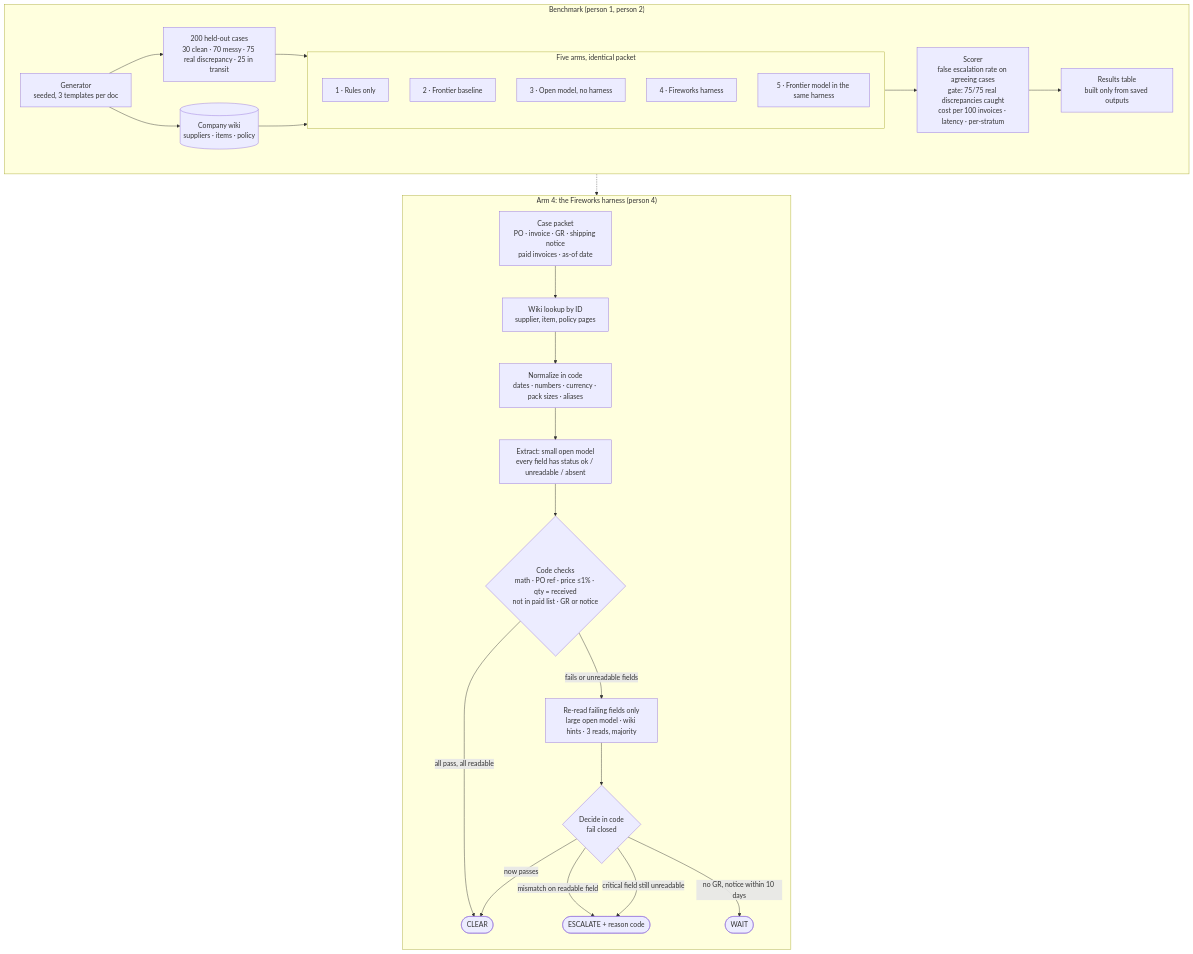
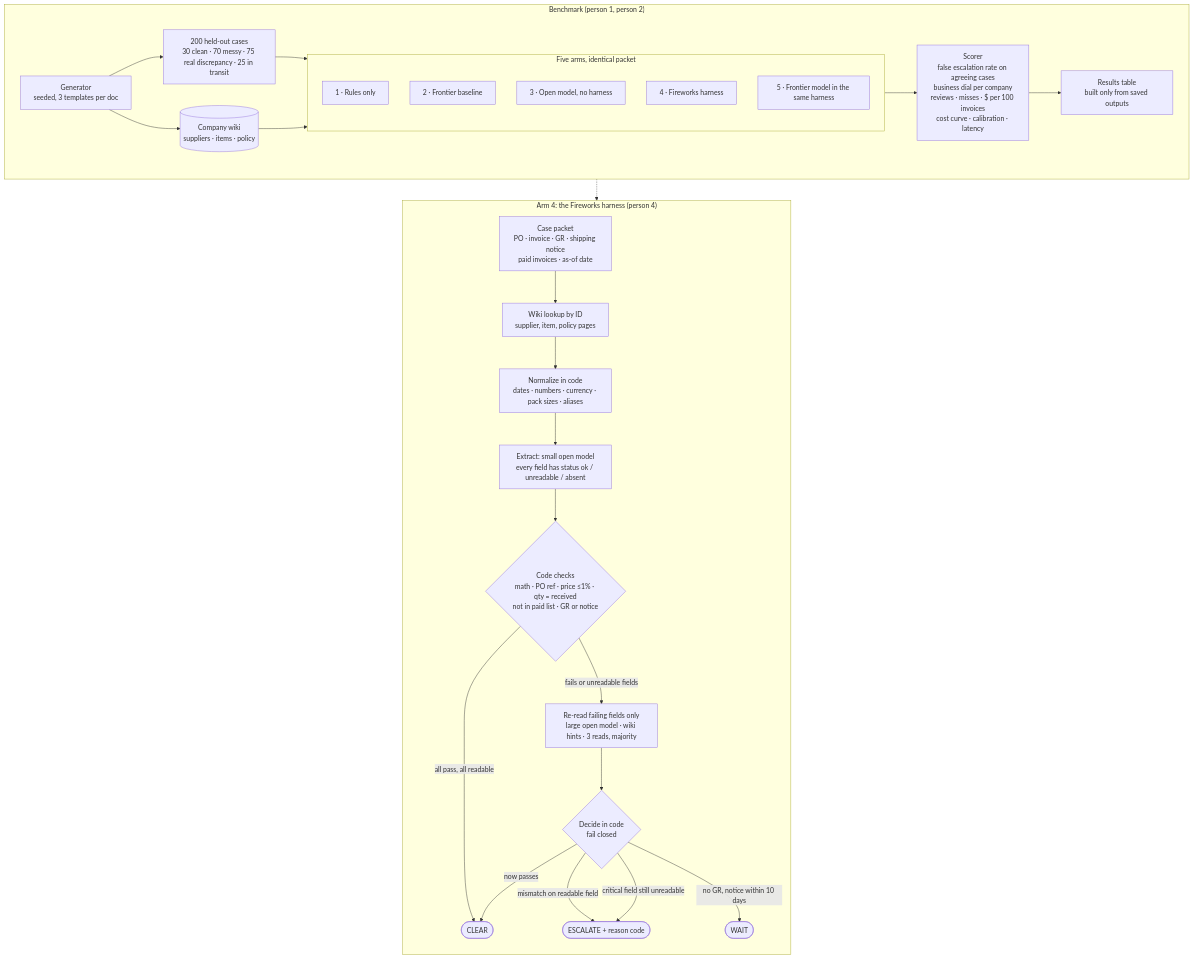
The diagram in docs/plan.md (pakbaz/fireworks-ai-buildathon), drawn with Mermaid before and after one commit. The commit also changed other lines of this file and 1 other file, not shown here.

First line of the commit message:
Add the business dial and chain-break diagnosis from mentor feedback

````diff
--- a/docs/plan.md
+++ b/docs/plan.md
@@ -9,37 +9,37 @@
 ```mermaid
 flowchart TB
     subgraph BENCH["Benchmark (person 1, person 2)"]
         direction LR
         GEN["Generator<br/>seeded, 3 templates per doc"] --> CASES["200 held-out cases<br/>30 clean · 70 messy · 75 real discrepancy · 25 in transit"]
         GEN --> WIKI[("Company wiki<br/>suppliers · items · policy")]
         CASES --> ARMS
         WIKI --> ARMS
         subgraph ARMS["Five arms, identical packet"]
             direction TB
             A1["1 · Rules only"]
             A2["2 · Frontier baseline"]
             A3["3 · Open model, no harness"]
             A4["4 · Fireworks harness"]
             A5["5 · Frontier model in the same harness"]
         end
-        ARMS --> SCORE["Scorer<br/>false escalation rate on agreeing cases<br/>gate: 75/75 real discrepancies caught<br/>cost per 100 invoices · latency · per-stratum"]
+        ARMS --> SCORE["Scorer<br/>false escalation rate on agreeing cases<br/>business dial per company<br/>reviews · misses · $ per 100 invoices<br/>cost curve · calibration · latency"]
         SCORE --> TABLE["Results table<br/>built only from saved outputs"]
     end
 
     subgraph HARNESS["Arm 4: the Fireworks harness (person 4)"]
         direction TB
         PKT["Case packet<br/>PO · invoice · GR · shipping notice<br/>paid invoices · as-of date"] --> LOOK["Wiki lookup by ID<br/>supplier, item, policy pages"]
         LOOK --> NORM["Normalize in code<br/>dates · numbers · currency · pack sizes · aliases"]
         NORM --> EXT["Extract: small open model<br/>every field has status ok / unreadable / absent"]
         EXT --> CHK{"Code checks<br/>math · PO ref · price ≤1% · qty = received<br/>not in paid list · GR or notice"}
         CHK -- "all pass, all readable" --> CLEAR([CLEAR])
         CHK -- "fails or unreadable fields" --> RR["Re-read failing fields only<br/>large open model · wiki hints · 3 reads, majority"]
         RR --> DEC{"Decide in code<br/>fail closed"}
         DEC -- "now passes" --> CLEAR
         DEC -- "mismatch on readable field" --> ESC([ESCALATE + reason code])
         DEC -- "critical field still unreadable" --> ESC
         DEC -- "no GR, notice within 10 days" --> WAIT([WAIT])
     end
 
     A4 -.-> PKT
 ```
````
